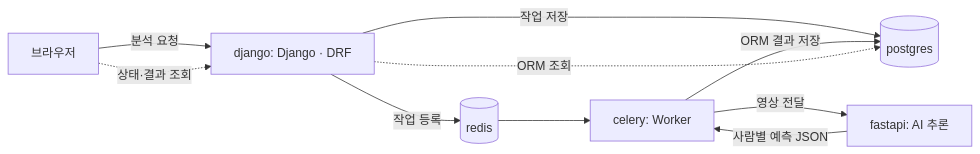
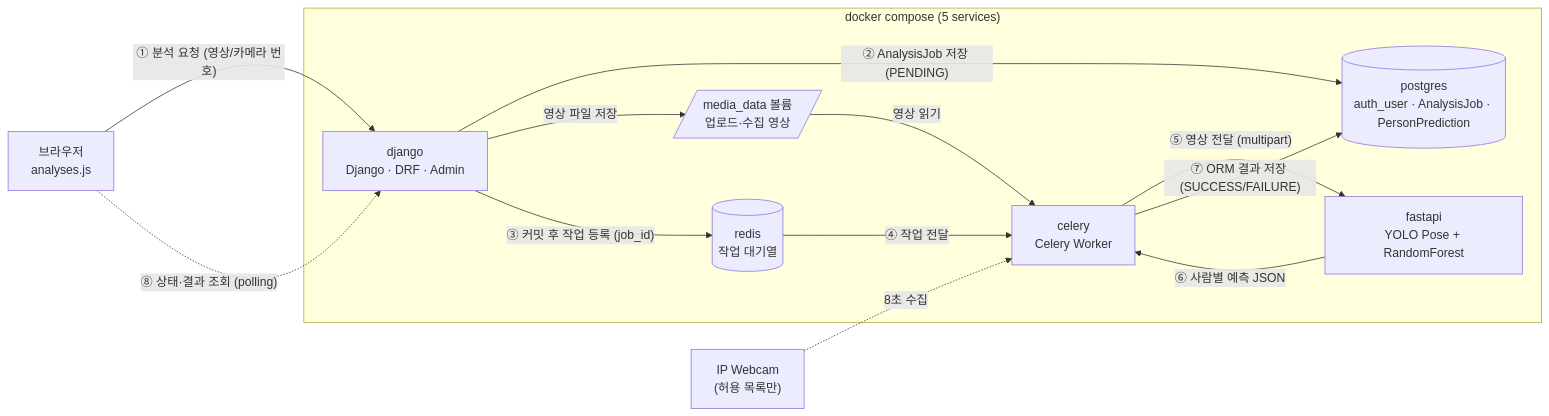
Before and after one commit to simpson92/vision_action_platform: the first of 3 diagrams in README.md, drawn with Mermaid. The commit also changed other lines of this file and 59 other files, not shown here.

First line of the commit message:
Django·DRF·Celery 웹 서비스, Docker Compose 5개 서비스, README 완성

````diff
--- a/README.md
+++ b/README.md
@@ -47,12 +68,25 @@
 ```mermaid
 flowchart LR
-    B[브라우저] -->|분석 요청| D[django: Django · DRF]
-    D -->|작업 저장| P[(postgres)]
-    D -->|작업 등록| R[(redis)]
-    R --> C[celery: Worker]
-    C -->|영상 전달| F[fastapi: AI 추론]
-    F -->|사람별 예측 JSON| C
-    C -->|ORM 결과 저장| P
-    B -.->|상태·결과 조회| D
-    D -.->|ORM 조회| P
+    B["브라우저<br/>analyses.js"]
+    subgraph compose["docker compose (5 services)"]
+        D["django<br/>Django · DRF · Admin"]
+        R[("redis<br/>작업 대기열")]
+        C["celery<br/>Celery Worker"]
+        F["fastapi<br/>YOLO Pose + RandomForest"]
+        P[("postgres<br/>auth_user · AnalysisJob · PersonPrediction")]
+        M[/"media_data 볼륨<br/>업로드·수집 영상"/]
+    end
+    CAM["IP Webcam<br/>(허용 목록만)"]
+
+    B -- "① 분석 요청 (영상/카메라 번호)" --> D
+    D -- "② AnalysisJob 저장 (PENDING)" --> P
+    D -- "영상 파일 저장" --> M
+    D -- "③ 커밋 후 작업 등록 (job_id)" --> R
+    R -- "④ 작업 전달" --> C
+    CAM -. "8초 수집" .-> C
+    M -- "영상 읽기" --> C
+    C -- "⑤ 영상 전달 (multipart)" --> F
+    F -- "⑥ 사람별 예측 JSON" --> C
+    C -- "⑦ ORM 결과 저장 (SUCCESS/FAILURE)" --> P
+    B -. "⑧ 상태·결과 조회 (polling)" .-> D
 ```
````
